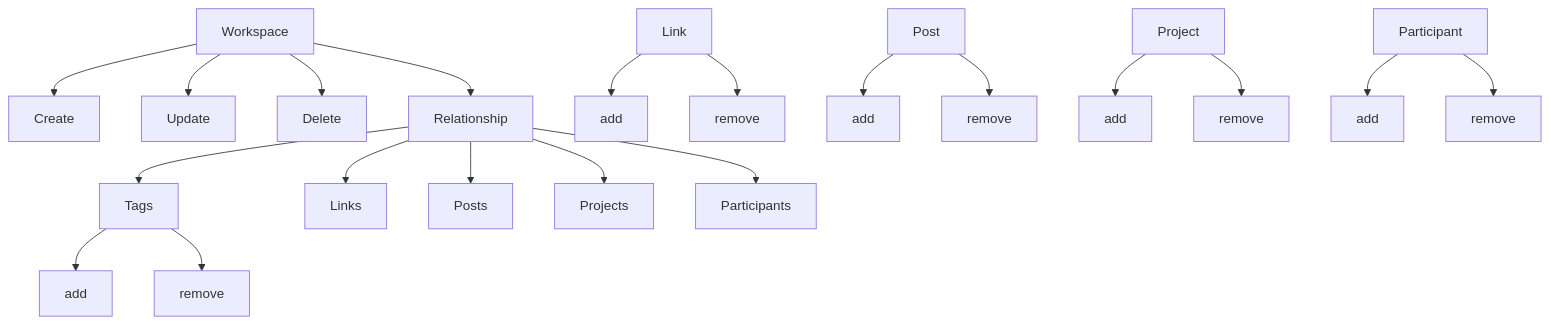
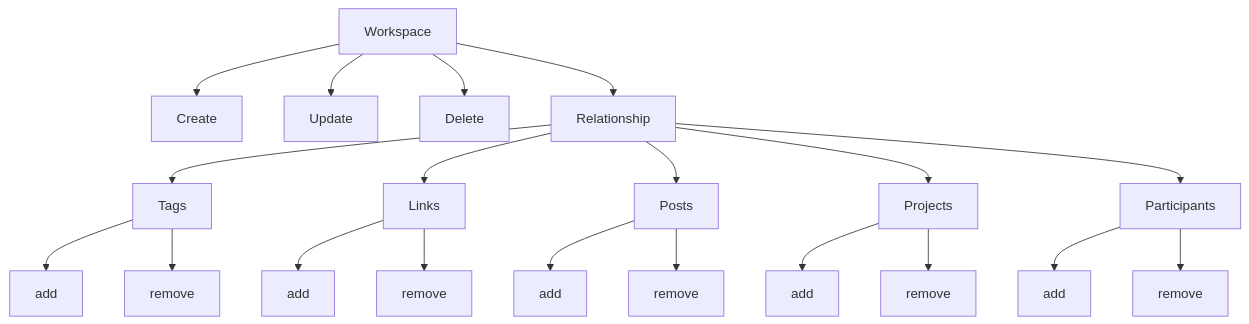
The second of 2 diagrams in README.md (DviDev/workspace-module), drawn with Mermaid before and after one commit.

````diff
--- a/README.md
+++ b/README.md
@@ -12,23 +12,23 @@
 ```mermaid
 graph TD;
     Workspace-->Create;
     Workspace-->Update;
     Workspace-->Delete;
     Workspace-->Relationship;
     Relationship-->Tags;
     Tags-->TagsAdd[add];
     Tags-->TagsRemove[remove];
     Relationship-->Links;
-    Link-->LinkAdd[add];
-    Link-->RemoveLink[remove];
+    Links-->LinkAdd[add];
+    Links-->RemoveLink[remove];
     Relationship-->Posts;
-    Post-->AddPost[add];
-    Post-->RemovePost[remove];
+    Posts-->AddPost[add];
+    Posts-->RemovePost[remove];
     Relationship-->Projects;
-    Project-->AddProject[add];
-    Project-->RemoveProject[remove];
+    Projects-->AddProject[add];
+    Projects-->RemoveProject[remove];
     Relationship-->Participants;
-    Participant-->AddParticipant[add];
-    Participant-->RemoveParticipant[remove];
+    Participants-->AddParticipant[add];
+    Participants-->RemoveParticipant[remove];
     
 ```
````
